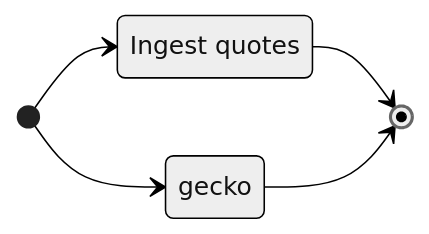
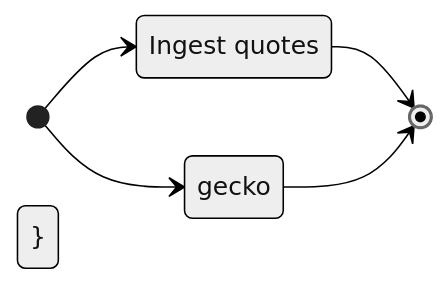
One commit to pivoteur/protocol changed the diagram in dapps/README.md. Above: the diagram before and after it, drawn with Mermaid (neutral theme).

Commit message:
That close-brace, doe

````diff
--- a/dapps/README.md
+++ b/dapps/README.md
@@ -5,10 +5,11 @@
 ```mermaid
 stateDiagram-v2
    direction LR
    [*] --> State1
    State1 --> [*]
    State1: Ingest quotes
    class State1 {
       [*] --> gecko
       gecko --> [*]
+   }
 ```
````
